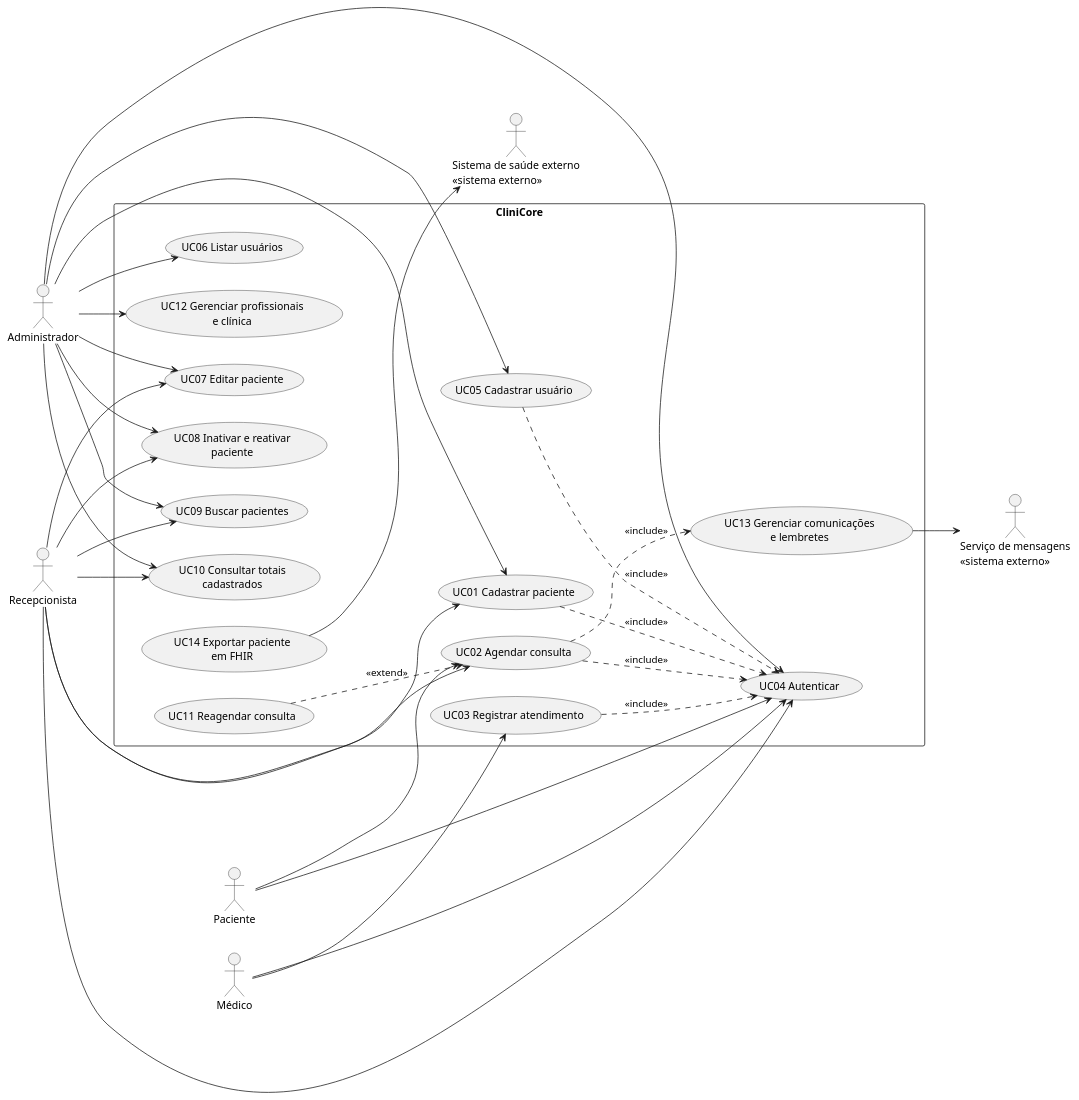
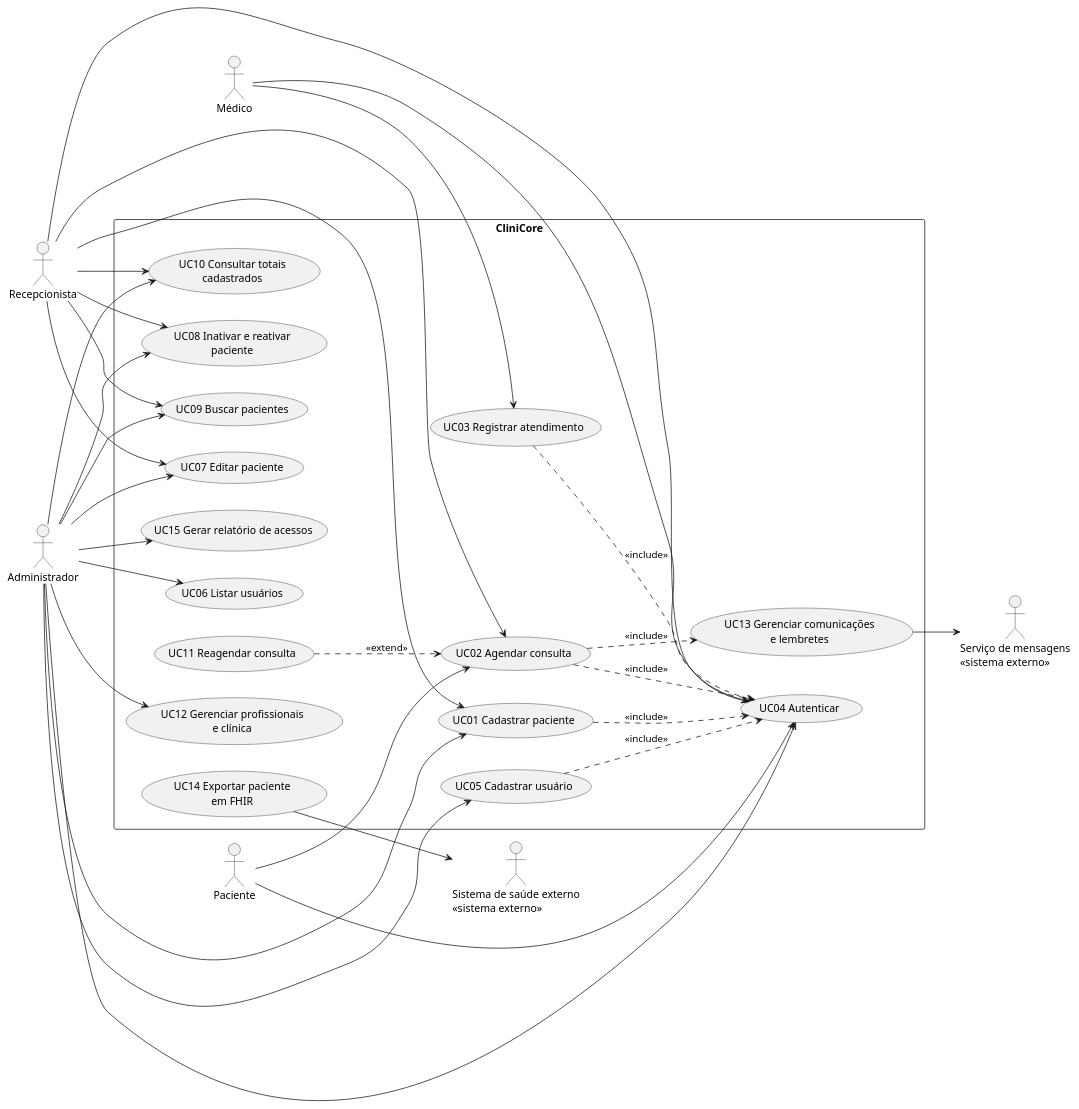
Before and after one commit to beatrizmontenegro07/projeto-metodos: the diagram in docs/04-casos-de-uso/casos-de-uso.puml, drawn with PlantUML. The commit also changed 3 other files, not shown here.

Commit message:
docs(reports): align adapter ADR and use case diagrams

```diff
--- a/docs/04-casos-de-uso/casos-de-uso.puml
+++ b/docs/04-casos-de-uso/casos-de-uso.puml
@@ -1,60 +1,62 @@
 @startuml casos-de-uso
 left to right direction
 skinparam packageStyle rectangle
 
 actor Administrador
 actor Recepcionista
 actor "Médico" as Medico
 actor Paciente
 actor "Serviço de mensagens\n<<sistema externo>>" as Mensagens
 actor "Sistema de saúde externo\n<<sistema externo>>" as SistemaExterno
 
 rectangle CliniCore {
   usecase "UC04 Autenticar" as UC04
   usecase "UC05 Cadastrar usuário" as UC05
   usecase "UC06 Listar usuários" as UC06
   usecase "UC12 Gerenciar profissionais\ne clínica" as UC12
   usecase "UC01 Cadastrar paciente" as UC01
   usecase "UC07 Editar paciente" as UC07
   usecase "UC08 Inativar e reativar\npaciente" as UC08
   usecase "UC09 Buscar pacientes" as UC09
   usecase "UC10 Consultar totais\ncadastrados" as UC10
   usecase "UC02 Agendar consulta" as UC02
   usecase "UC11 Reagendar consulta" as UC11
   usecase "UC13 Gerenciar comunicações\ne lembretes" as UC13
   usecase "UC03 Registrar atendimento" as UC03
+  usecase "UC15 Gerar relatório de acessos" as UC15
   usecase "UC14 Exportar paciente\nem FHIR" as UC14
 }
 
+Administrador --> UC15
 Administrador --> UC05
 Administrador --> UC06
 Administrador --> UC12
 Administrador --> UC01
 Administrador --> UC07
 Administrador --> UC08
 Administrador --> UC09
 Administrador --> UC10
 Recepcionista --> UC01
 Recepcionista --> UC07
 Recepcionista --> UC08
 Recepcionista --> UC09
 Recepcionista --> UC10
 Recepcionista --> UC02
 Paciente --> UC02
 Medico --> UC03
 Administrador --> UC04
 Recepcionista --> UC04
 Medico --> UC04
 Paciente --> UC04
 
 UC11 ..> UC02 : <<extend>>
 UC02 ..> UC13 : <<include>>
 UC13 --> Mensagens
 UC14 --> SistemaExterno
 
 ' Todos os casos de uso, exceto UC14, incluem UC04; só alguns aparecem para manter o diagrama legível.
 UC01 ..> UC04 : <<include>>
 UC05 ..> UC04 : <<include>>
 UC02 ..> UC04 : <<include>>
 UC03 ..> UC04 : <<include>>
 @enduml
```
